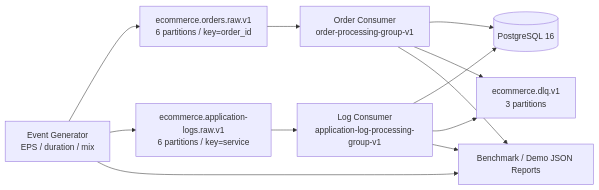
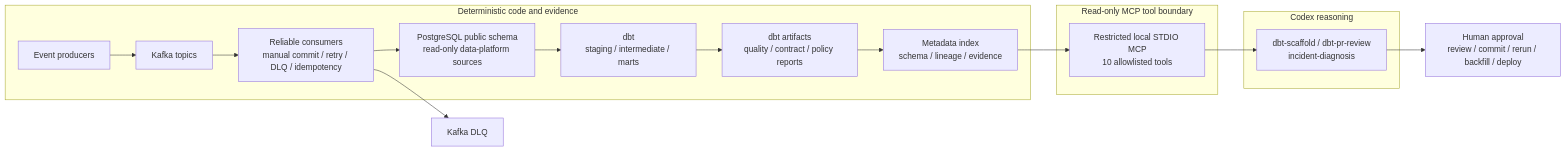
The diagram in README.md (arthurhung/kafka-order-event-platform), drawn with Mermaid before and after one commit. The commit also changed other lines of this file and 3 other files, not shown here.

Commit message:
docs(data-platform): finalize portfolio presentation

````diff
--- a/README.md
+++ b/README.md
@@ -24,21 +28,24 @@
 ```mermaid
 flowchart LR
-    G["Event Generator<br/>EPS / duration / mix"]
-    OT["ecommerce.orders.raw.v1<br/>6 partitions / key=order_id"]
-    LT["ecommerce.application-logs.raw.v1<br/>6 partitions / key=service"]
-    OC["Order Consumer<br/>order-processing-group-v1"]
-    LC["Log Consumer<br/>application-log-processing-group-v1"]
-    DLQ["ecommerce.dlq.v1<br/>3 partitions"]
-    DB[("PostgreSQL 16")]
-    R["Benchmark / Demo JSON Reports"]
+    subgraph D["Deterministic code and evidence"]
+        P["Event producers"] --> K["Kafka topics"]
+        K --> C["Reliable consumers<br/>manual commit / retry / DLQ / idempotency"]
+        C --> PG["PostgreSQL public schema<br/>read-only data-platform sources"]
+        PG --> DBT["dbt<br/>staging / intermediate / marts"]
+        DBT --> A["dbt artifacts<br/>quality / contract / policy reports"]
+        A --> IDX["Metadata index<br/>schema / lineage / evidence"]
+    end
 
-    G --> OT --> OC
-    G --> LT --> LC
-    OC --> DB
-    LC --> DB
-    OC --> DLQ
-    LC --> DLQ
-    G --> R
-    OC --> R
-    LC --> R
+    subgraph M["Read-only MCP tool boundary"]
+        MCP["Restricted local STDIO MCP<br/>10 allowlisted tools"]
+    end
+
+    subgraph R["Codex reasoning"]
+        S["dbt-scaffold / dbt-pr-review<br/>incident-diagnosis"]
+    end
+
+    H["Human approval<br/>review / commit / rerun / backfill / deploy"]
+
+    IDX --> MCP --> S --> H
+    C --> DLQ["Kafka DLQ"]
 ```
````
